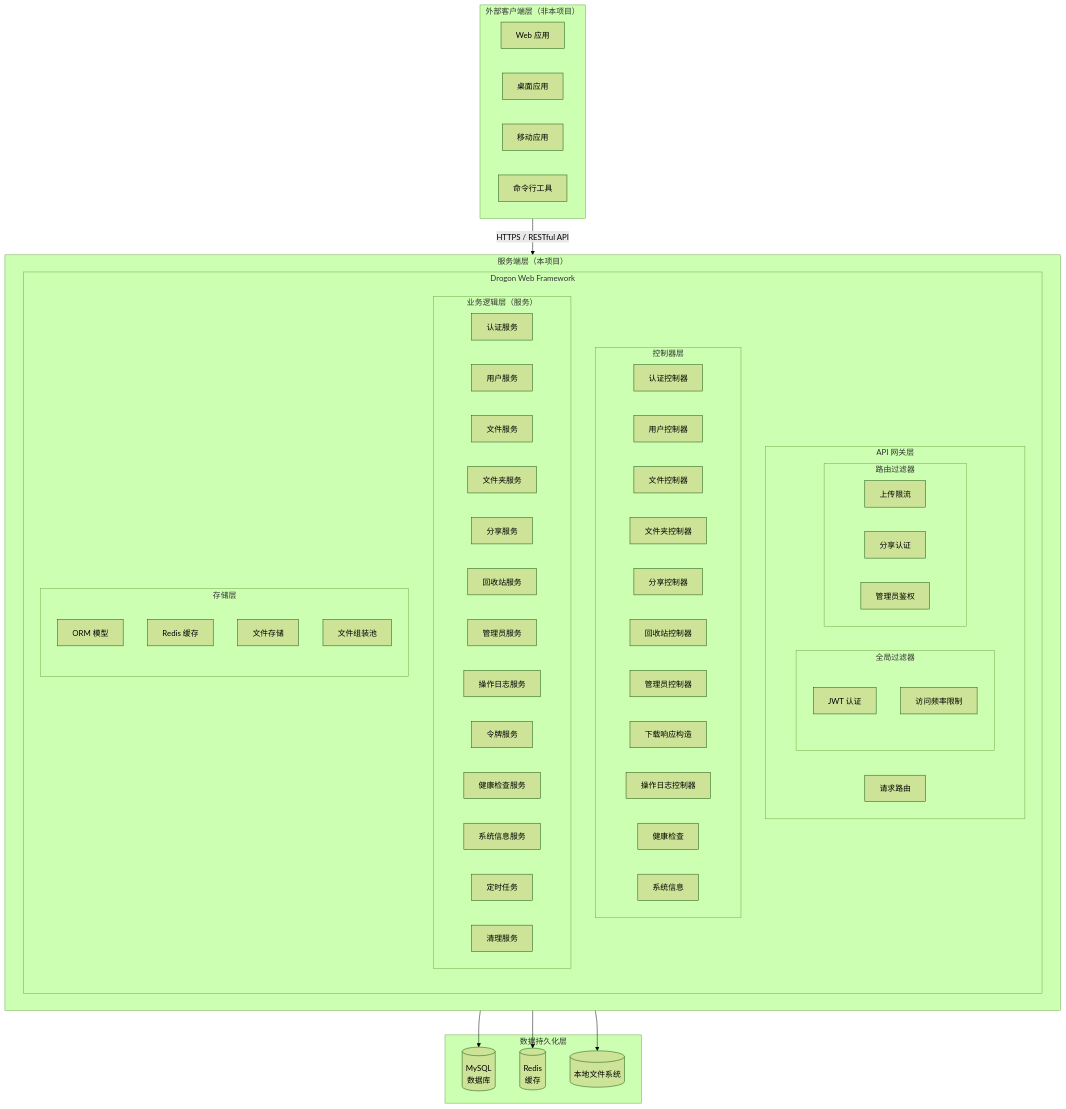
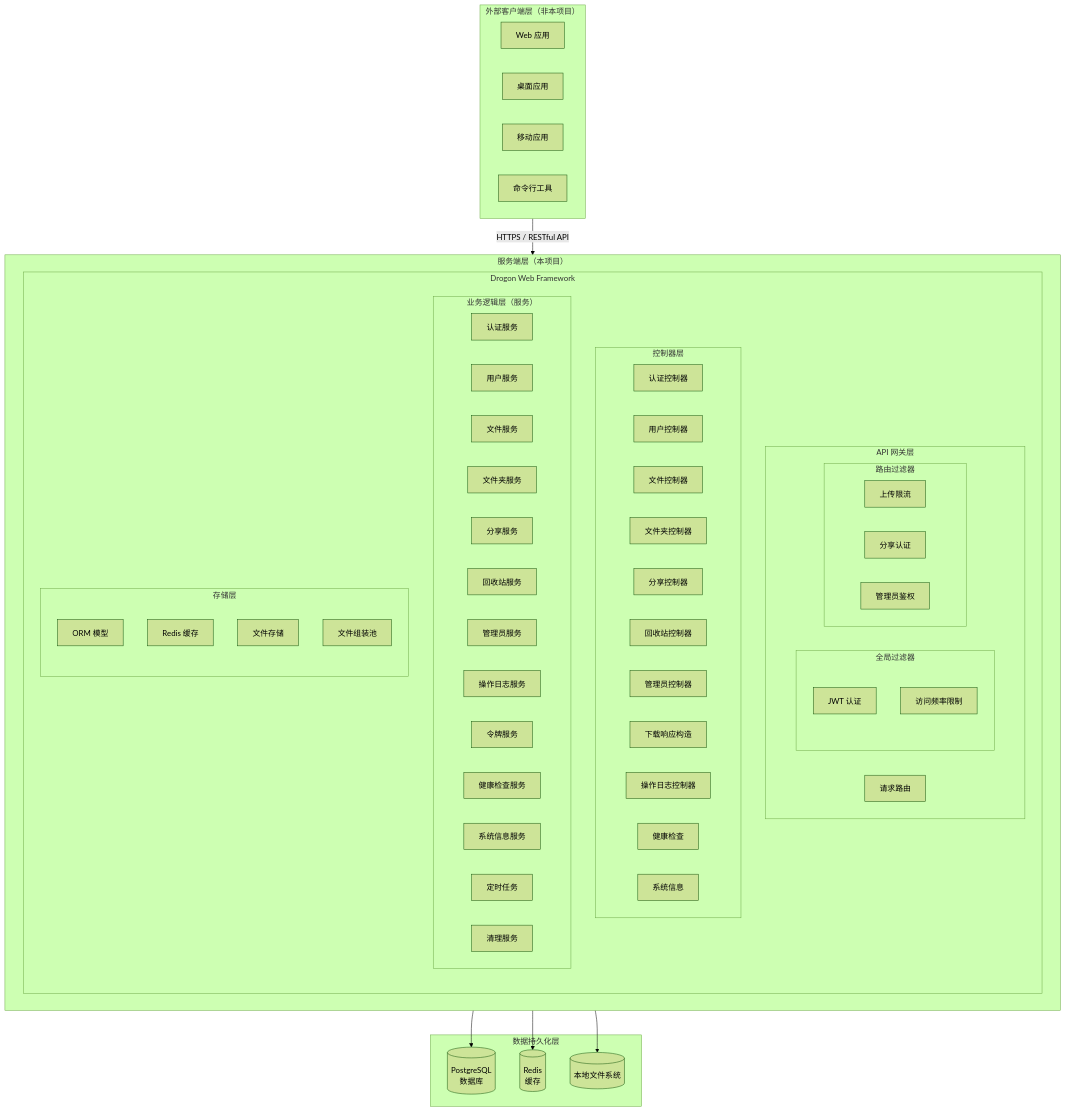
One commit to yizhinailong/disk changed the first of 5 diagrams in docs/design/00-系统概述.md. Above: the diagram before and after it, drawn with Mermaid (forest theme). The commit also changed other lines of this file and 12 other files, not shown here.

First line of the commit message:
docs: Wave 1 - MySQL to PostgreSQL documentation and config migration

````diff
--- a/docs/design/00-系统概述.md
+++ b/docs/design/00-系统概述.md
@@ -32,71 +32,71 @@
 ```mermaid
 flowchart TB
     subgraph Clients["外部客户端层（非本项目）"]
         WebApp["Web 应用"]
         Desktop["桌面应用"]
         Mobile["移动应用"]
         CLI["命令行工具"]
     end
 
     subgraph Server["服务端层（本项目）"]
         subgraph Drogon["Drogon Web Framework"]
             subgraph APIGateway["API 网关层"]
                 subgraph Filters["全局过滤器"]
                     JWT["JWT 认证"]
                     RateLimit["访问频率限制"]
                 end
                 subgraph PerRouteFilters["路由过滤器"]
                     UploadRateLimit["上传限流"]
                     ShareAuth["分享认证"]
                     AdminAuth["管理员鉴权"]
                 end
                 Router["请求路由"]
             end
             subgraph Controllers["控制器层"]
                 AuthCtrl["认证控制器"]
                 UserCtrl["用户控制器"]
                 FileCtrl["文件控制器"]
                 FolderCtrl["文件夹控制器"]
                 ShareCtrl["分享控制器"]
                 TrashCtrl["回收站控制器"]
                 AdminCtrl["管理员控制器"]
                 DownloadResponder["下载响应构造"]
                 OperationLogController["操作日志控制器"]
                 HealthCtrl["健康检查"]
                 SysCtrl["系统信息"]
             end
             subgraph Business["业务逻辑层（服务）"]
                 AuthService["认证服务"]
                 UserService["用户服务"]
                 FileService["文件服务"]
                 FolderService["文件夹服务"]
                 ShareService["分享服务"]
                 TrashService["回收站服务"]
                 AdminService["管理员服务"]
                 OpLogService["操作日志服务"]
                 TokenService["令牌服务"]
                 HealthService["健康检查服务"]
                 SystemService["系统信息服务"]
                 ScheduledTasks["定时任务"]
                 CleanupService["清理服务"]
             end
             subgraph Storage["存储层"]
                 ORM["ORM 模型"]
                 RedisCache["Redis 缓存"]
                 FileStorage["文件存储"]
                 AssemblyPool["文件组装池"]
             end
         end
     end
 
     subgraph Data["数据持久化层"]
-        MySQL[("MySQL<br/>数据库")]
+        PostgreSQL[("PostgreSQL<br/>数据库")]
         Redis[("Redis<br/>缓存")]
         FileSystem[("本地文件系统")]
     end
 
     Clients -->|"HTTPS / RESTful API"| Server
-    Server --> MySQL
+    Server --> PostgreSQL
     Server --> Redis
     Server --> FileSystem
 ```
````
